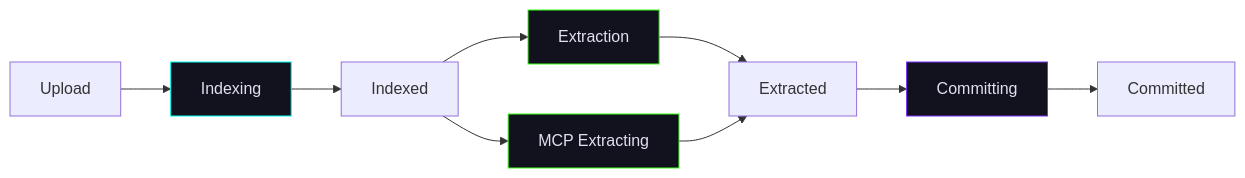
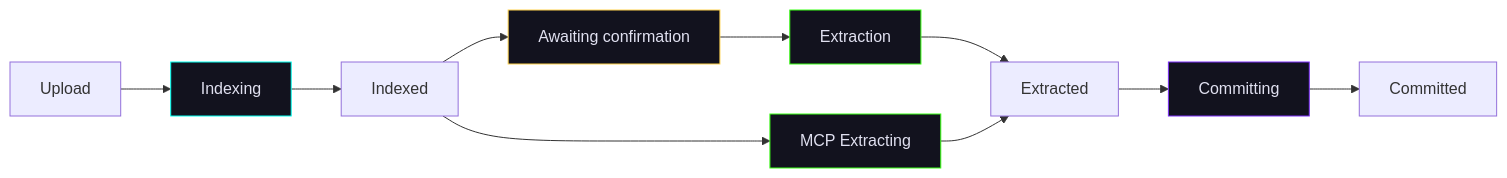
Before and after one commit to chaoscypherinc/chaoscypher: the diagram in packages/docs/docs/user-guide/sources.md, drawn with Mermaid. The commit also changed other lines of this file and 395 other files, not shown here.

````diff
--- a/packages/docs/docs/user-guide/sources.md
+++ b/packages/docs/docs/user-guide/sources.md
@@ -220,16 +220,18 @@
 ```mermaid
 graph LR
     A[Upload] --> B[Indexing]
     B --> C[Indexed]
-    C --> D[Extraction]
+    C --> W[Awaiting confirmation]
+    W --> D[Extraction]
     C --> M[MCP Extracting]
     D --> E[Extracted]
     M --> E
     E --> F[Committing]
     F --> G[Committed]
 
     style B fill:#12121e,stroke:#00fff0,color:#e0e0f0
+    style W fill:#12121e,stroke:#ffd24d,color:#e0e0f0
     style D fill:#12121e,stroke:#39ff14,color:#e0e0f0
     style M fill:#12121e,stroke:#39ff14,color:#e0e0f0
     style F fill:#12121e,stroke:#7b2ff7,color:#e0e0f0
 ```
````
